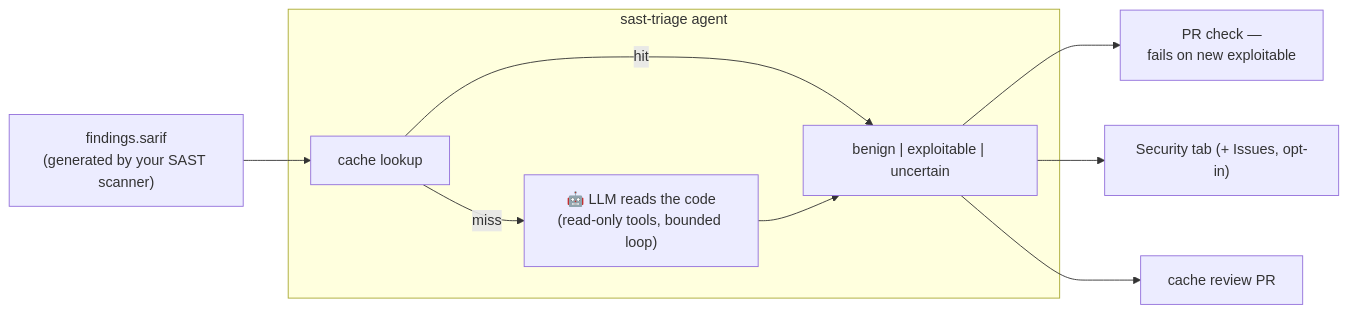
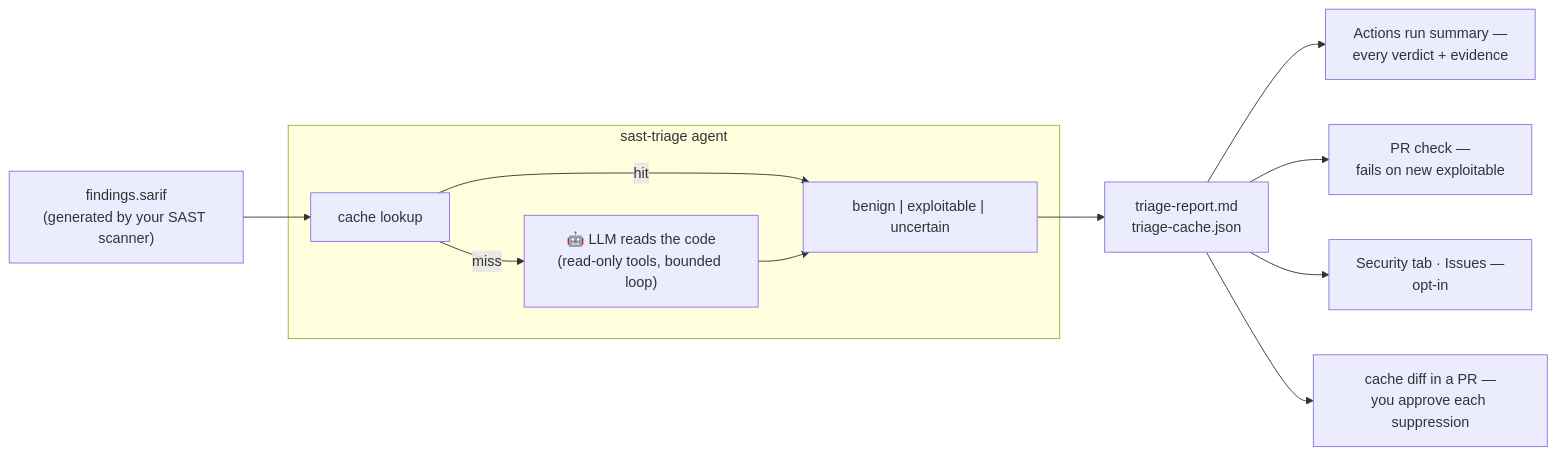
Before and after one commit to alexpermiakov/sast-triage: the diagram in README.md, drawn with Mermaid. The commit also changed other lines of this file, not shown here.

Commit message:
fix: enhance README for clarity on AI triage capabilities and workflow details

````diff
--- a/README.md
+++ b/README.md
@@ -20,12 +16,14 @@
 ```mermaid
 graph LR
     subgraph T["sast-triage agent"]
         B["cache lookup"] -->|hit| V["benign | exploitable | uncertain"]
         B -->|miss| E["🤖 LLM reads the code<br/>(read-only tools, bounded loop)"]
         E --> V
     end
     A["findings.sarif<br/>(generated by your SAST scanner)"] --> B
-    V --> G["PR check —<br/>fails on new exploitable"]
-    V --> H["Security tab (+ Issues, opt-in)"]
-    V --> P["cache review PR"]
+    V --> O["triage-report.md<br/>triage-cache.json"]
+    O --> G["Actions run summary —<br/>every verdict + evidence"]
+    O --> C["PR check —<br/>fails on new exploitable"]
+    O --> H["Security tab · Issues —<br/>opt-in"]
+    O --> P["cache diff in a PR —<br/>you approve each suppression"]
 ```
````
